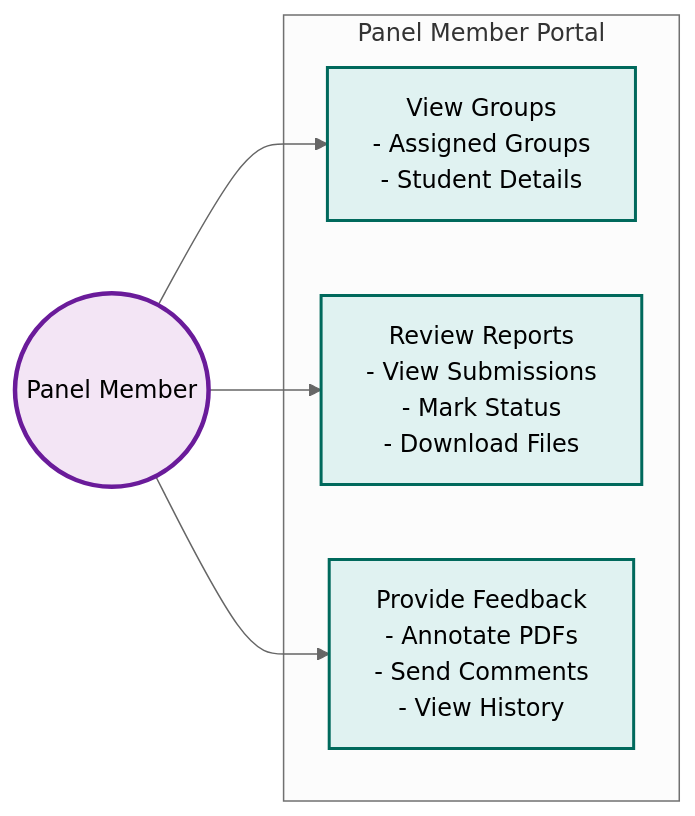
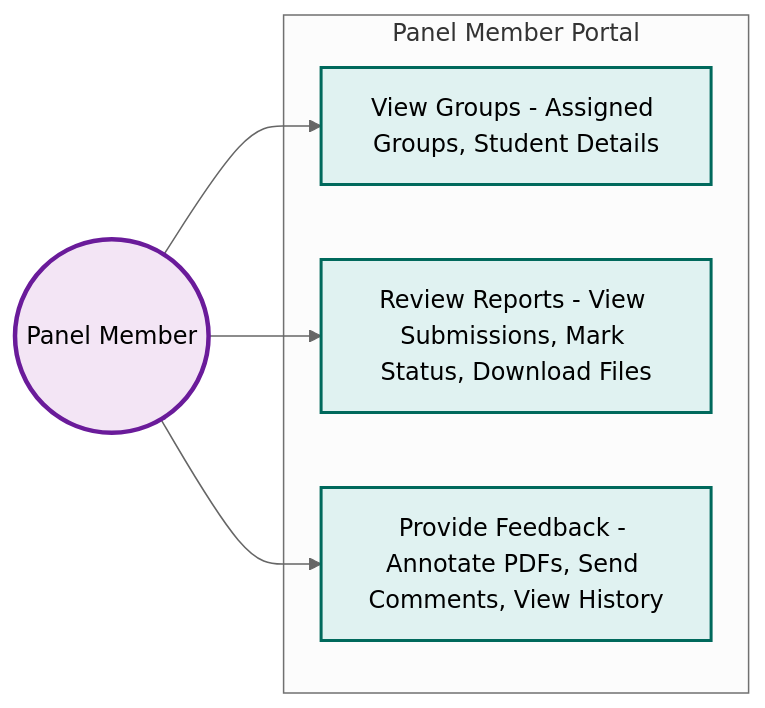
One commit to abdullah2323442/thesisrepo-backup changed the third of 7 diagrams in documentation/roles/PanelMember-use-case-diagram.md. Above: the diagram before and after it, drawn with Mermaid (neutral theme). The commit also changed 5 other files, not shown here.

Commit message:
refactor(use-case-diagrams): Enhance readability of use case diagrams by simplifying text formatting across multiple roles

````diff
--- a/documentation/roles/PanelMember-use-case-diagram.md
+++ b/documentation/roles/PanelMember-use-case-diagram.md
@@ -103,25 +103,25 @@
 ```mermaid
 graph LR
     %% Actor
     PanelMember((Panel Member))
     
     %% System Boundary
     subgraph System["Panel Member Portal"]
         %% Core Use Cases
-        UC1[View Groups<br/>- Assigned Groups<br/>- Student Details]
-        UC2[Review Reports<br/>- View Submissions<br/>- Mark Status<br/>- Download Files]
-        UC3[Provide Feedback<br/>- Annotate PDFs<br/>- Send Comments<br/>- View History]
+        UC1["View Groups - Assigned Groups, Student Details"]
+        UC2["Review Reports - View Submissions, Mark Status, Download Files"]
+        UC3["Provide Feedback - Annotate PDFs, Send Comments, View History"]
     end
     
     %% Connections
     PanelMember --> UC1
     PanelMember --> UC2
     PanelMember --> UC3
     
     %% Styling
     classDef actor fill:#f3e5f5,stroke:#6a1b9a,stroke-width:3px
     classDef usecase fill:#e0f2f1,stroke:#00695c,stroke-width:2px
     
     class PanelMember actor
     class UC1,UC2,UC3 usecase
 ```
````
